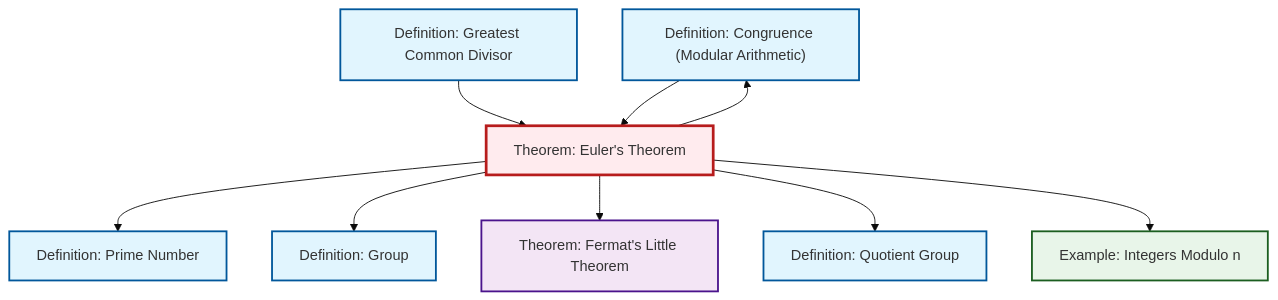
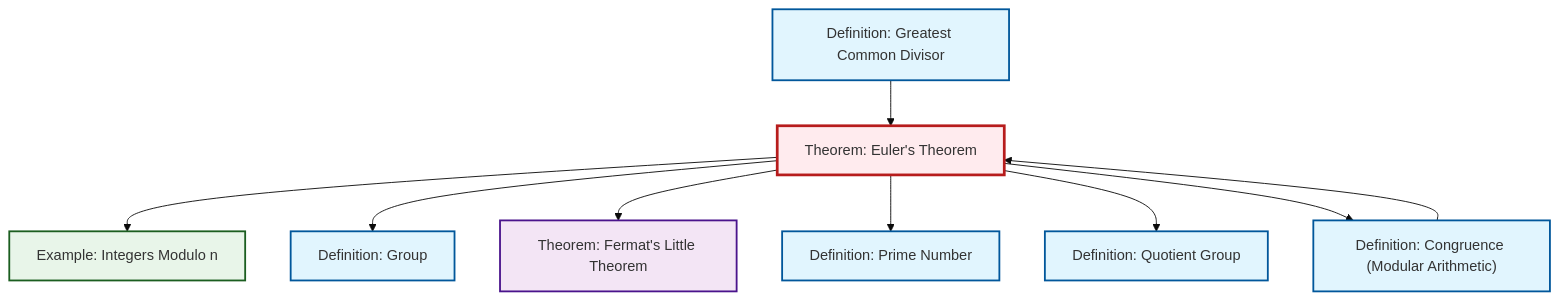
Before and after one commit to RK0429/ModernMath: the diagram in content/ja/number-theory/thm-euler.qmd, drawn with Mermaid (base theme). The commit also changed other lines of this file and 597 other files, not shown here.

````diff
--- a/content/ja/number-theory/thm-euler.qmd
+++ b/content/ja/number-theory/thm-euler.qmd
@@ -53,33 +53,33 @@
 ```{mermaid}
 %%| fig-cap: "Local dependency graph"
 graph TD
     classDef definition fill:#e1f5fe,stroke:#01579b,stroke-width:2px
     classDef theorem fill:#f3e5f5,stroke:#4a148c,stroke-width:2px
     classDef axiom fill:#fff3e0,stroke:#e65100,stroke-width:2px
     classDef example fill:#e8f5e9,stroke:#1b5e20,stroke-width:2px
     classDef current fill:#ffebee,stroke:#b71c1c,stroke-width:3px
+    ex-quotient-integers-mod-n["Example: Integers Modulo n"]:::example
+    thm-euler["Theorem: Euler's Theorem"]:::theorem
+    def-gcd["Definition: Greatest Common Divisor"]:::definition
+    def-congruence["Definition: Congruence (Modular Arithmetic)"]:::definition
+    thm-fermat-little["Theorem: Fermat's Little Theorem"]:::theorem
+    def-quotient-group["Definition: Quotient Group"]:::definition
     def-prime["Definition: Prime Number"]:::definition
-    def-quotient-group["Definition: Quotient Group"]:::definition
-    def-congruence["Definition: Congruence (Modular Arithmetic)"]:::definition
-    thm-euler["Theorem: Euler's Theorem"]:::theorem
     def-group["Definition: Group"]:::definition
-    def-gcd["Definition: Greatest Common Divisor"]:::definition
-    thm-fermat-little["Theorem: Fermat's Little Theorem"]:::theorem
-    ex-quotient-integers-mod-n["Example: Integers Modulo n"]:::example
-    thm-euler --> def-prime
+    def-congruence --> thm-euler
+    thm-euler --> ex-quotient-integers-mod-n
     def-gcd --> thm-euler
     thm-euler --> def-group
     thm-euler --> thm-fermat-little
-    def-congruence --> thm-euler
+    thm-euler --> def-prime
     thm-euler --> def-quotient-group
     thm-euler --> def-congruence
-    thm-euler --> ex-quotient-integers-mod-n
     class thm-euler current
+    click ex-quotient-integers-mod-n "ex-quotient-integers-mod-n.html" "Example: Integers Modulo nへ"
+    click def-gcd "def-gcd.html" "Definition: Greatest Common Divisorへ"
+    click def-congruence "def-congruence.html" "Definition: Congruence (Modular Arithmetic)へ"
+    click thm-fermat-little "thm-fermat-little.html" "Theorem: Fermat's Little Theoremへ"
+    click def-quotient-group "def-quotient-group.html" "Definition: Quotient Groupへ"
     click def-prime "def-prime.html" "Definition: Prime Numberへ"
-    click def-quotient-group "def-quotient-group.html" "Definition: Quotient Groupへ"
-    click def-congruence "def-congruence.html" "Definition: Congruence (Modular Arithmetic)へ"
     click def-group "def-group.html" "Definition: Groupへ"
-    click def-gcd "def-gcd.html" "Definition: Greatest Common Divisorへ"
-    click thm-fermat-little "thm-fermat-little.html" "Theorem: Fermat's Little Theoremへ"
-    click ex-quotient-integers-mod-n "ex-quotient-integers-mod-n.html" "Example: Integers Modulo nへ"
 ```
````
